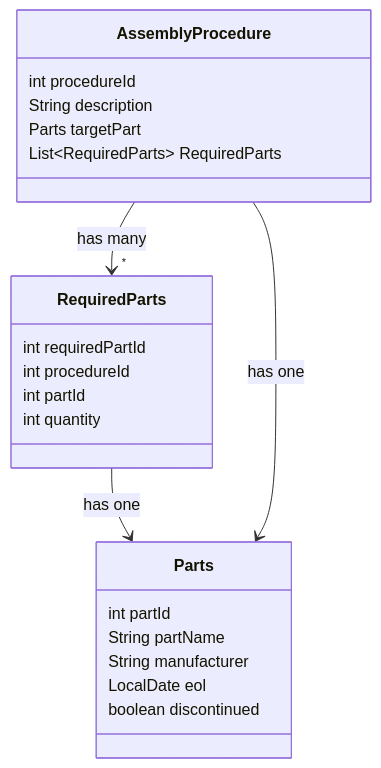
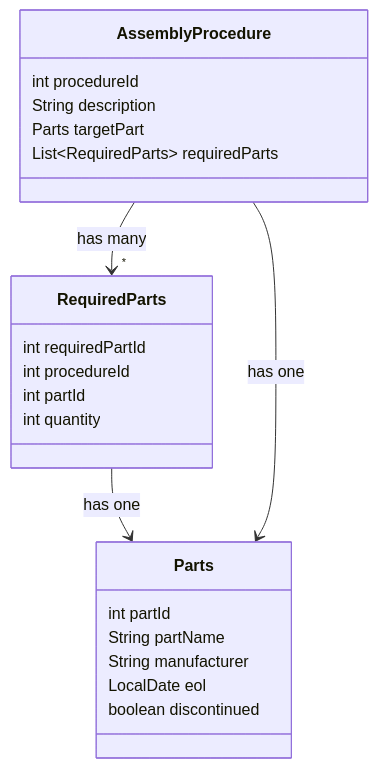
The diagram in src/AssemFlowER.md (kaori5153/AssemFlow), drawn with Mermaid before and after one commit. The commit also changed 3 other files, not shown here.

Commit message:
ER図の修正及びクラス設計の記述を追加

````diff
--- a/src/AssemFlowER.md
+++ b/src/AssemFlowER.md
@@ -1,29 +1,29 @@
 ```mermaid
 classDiagram
     class AssemblyProcedure {
         int procedureId
         String description
         Parts targetPart
-        List~RequiredParts~ RequiredParts
+        List~RequiredParts~ requiredParts
     }
 
     class RequiredParts {
         int requiredPartId
         int procedureId
         int partId
         int quantity
     }
 
     class Parts {
         int partId
         String partName
         String manufacturer
         LocalDate eol
         boolean discontinued
     }
 
     RequiredParts--> Parts: has one
     AssemblyProcedure --> Parts: has one
     AssemblyProcedure --> "*" RequiredParts: has many
 
 ```
````
